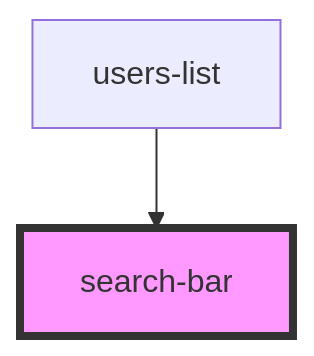
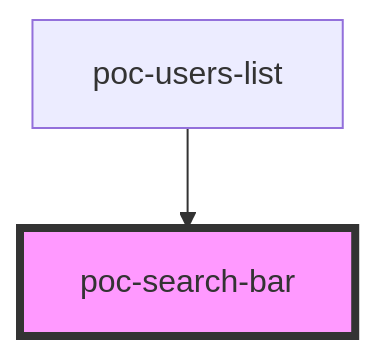
Before and after one commit to hypexyz/poc-web-components: the diagram in packages/component-library/src/components/search-bar/readme.md, drawn with Mermaid. The commit also changed other lines of this file and 22 other files, not shown here.

Commit message:
Add simple chart

````diff
--- a/packages/component-library/src/components/search-bar/readme.md
+++ b/packages/component-library/src/components/search-bar/readme.md
@@ -22,5 +22,5 @@
 ```mermaid
 graph TD;
-  users-list --> search-bar
-  style search-bar fill:#f9f,stroke:#333,stroke-width:4px
+  poc-users-list --> poc-search-bar
+  style poc-search-bar fill:#f9f,stroke:#333,stroke-width:4px
 ```
````
